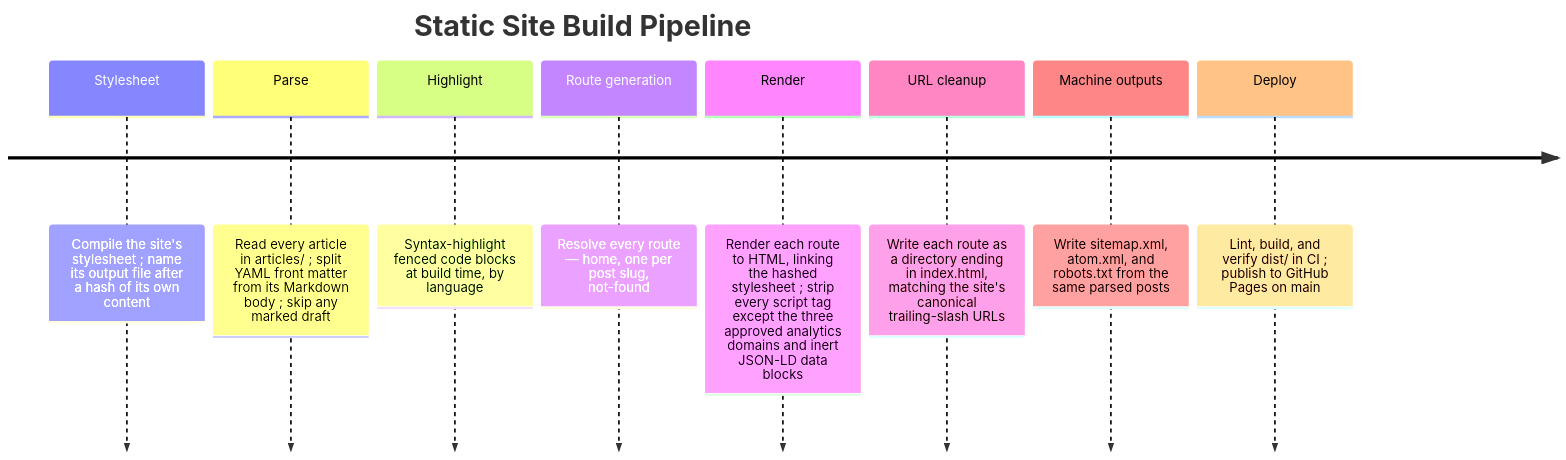
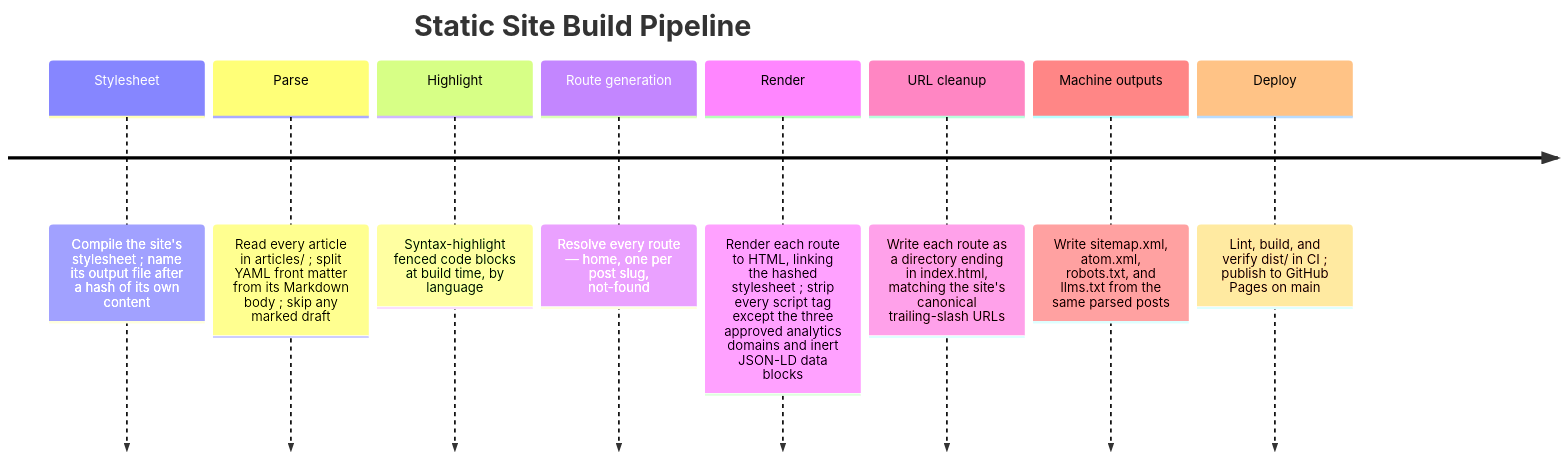
Before and after one commit to fugu13/site: the diagram in docs/architecture.md, drawn with Mermaid. The commit also changed other lines of this file and 10 other files, not shown here.

First line of the commit message:
Rebrand home page, add Person/WebSite JSON-LD and llms.txt

````diff
--- a/docs/architecture.md
+++ b/docs/architecture.md
@@ -30,12 +30,12 @@
 ```mermaid
 timeline
     title Static Site Build Pipeline
     Stylesheet : Compile the site's stylesheet ; name its output file after a hash of its own content
     Parse : Read every article in articles/ ; split YAML front matter from its Markdown body ; skip any marked draft
     Highlight : Syntax-highlight fenced code blocks at build time, by language
     Route generation : Resolve every route — home, one per post slug, not-found
     Render : Render each route to HTML, linking the hashed stylesheet ; strip every script tag except the three approved analytics domains and inert JSON-LD data blocks
     URL cleanup : Write each route as a directory ending in index.html, matching the site's canonical trailing-slash URLs
-    Machine outputs : Write sitemap.xml, atom.xml, and robots.txt from the same parsed posts
+    Machine outputs : Write sitemap.xml, atom.xml, robots.txt, and llms.txt from the same parsed posts
     Deploy : Lint, build, and verify dist/ in CI ; publish to GitHub Pages on main
 ```
````
